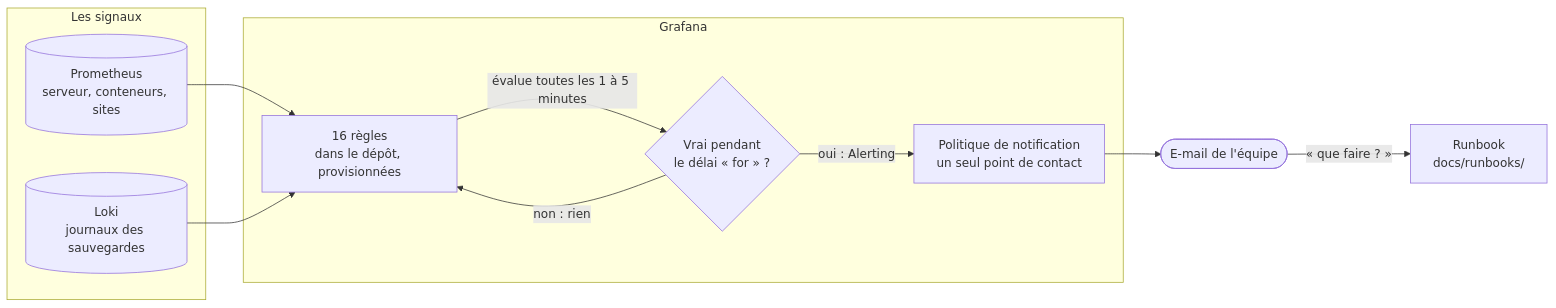
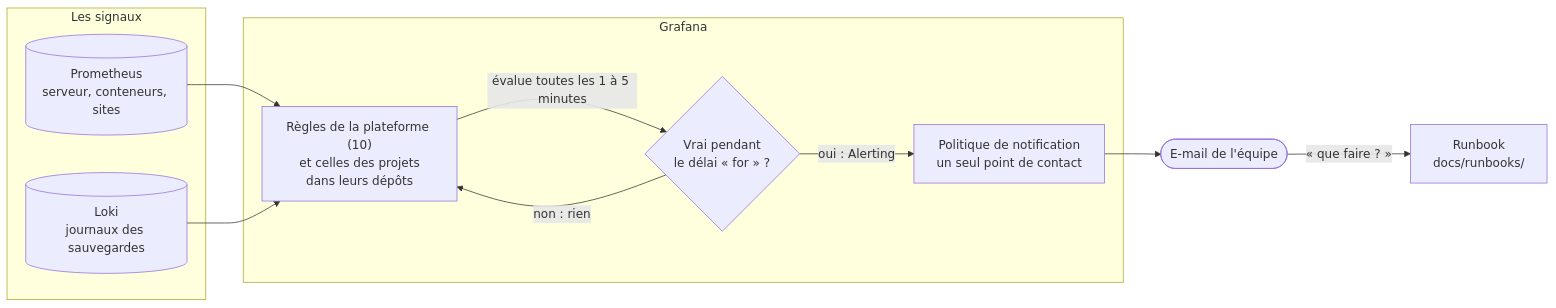
Before and after one commit to wilfreidlando/vcam-infra-deploy: diagram 13 of 13 in docs/01-schemas.md, drawn with Mermaid. The commit also changed other lines of this file and 37 other files, not shown here.

````diff
--- a/docs/01-schemas.md
+++ b/docs/01-schemas.md
@@ -503,22 +504,22 @@
 ```mermaid
 flowchart LR
     subgraph Signaux["Les signaux"]
         P[("Prometheus<br/>serveur, conteneurs, sites")]
         L[("Loki<br/>journaux des sauvegardes")]
     end
     subgraph Grafana["Grafana"]
-        Rules["16 règles<br/>dans le dépôt, provisionnées"]
+        Rules["Règles de la plateforme (10)<br/>et celles des projets<br/>dans leurs dépôts"]
         State{"Vrai pendant<br/>le délai « for » ?"}
         Policy["Politique de notification<br/>un seul point de contact"]
     end
     Mail(["E-mail de l'équipe"])
     Run["Runbook<br/>docs/runbooks/"]
 
     P --> Rules
     L --> Rules
     Rules -->|"évalue toutes les 1 à 5 minutes"| State
     State -->|"non : rien"| Rules
     State -->|"oui : Alerting"| Policy
     Policy --> Mail
     Mail -->|"« que faire ? »"| Run
 ```
````
